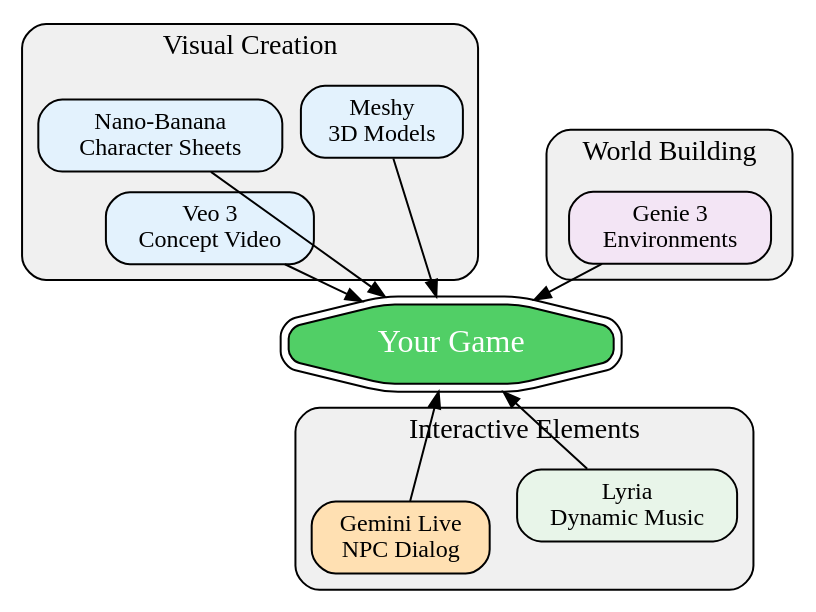
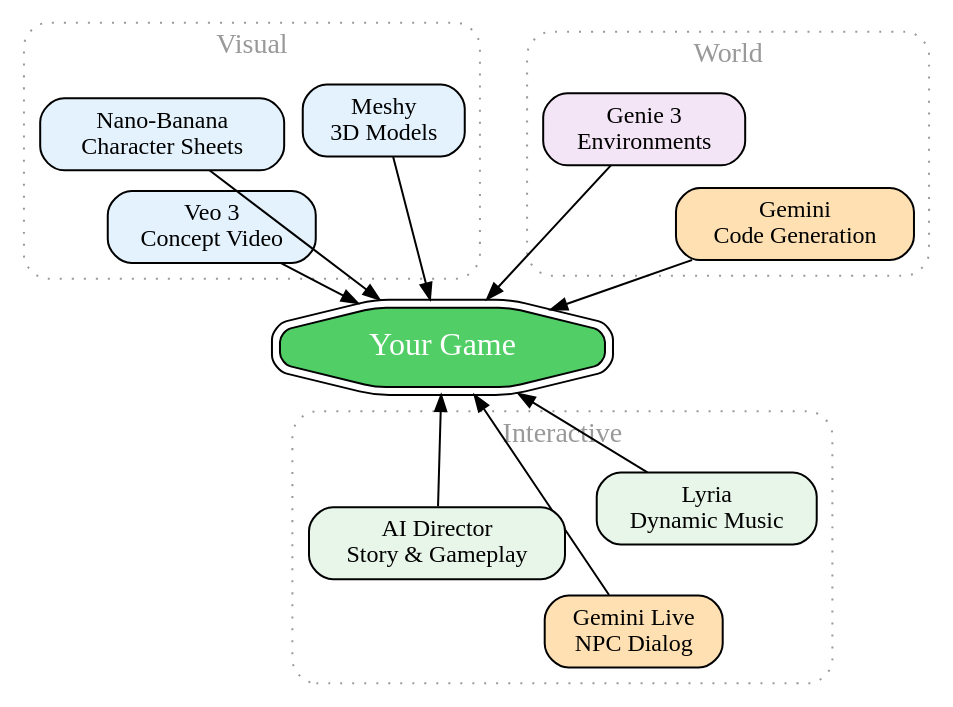
The diagram in startupcon/slides/public/orchestrator.dot (google-gemini/workshops), drawn with Graphviz before and after one commit. The commit also changed 2 other files, not shown here.

```diff
--- a/startupcon/slides/public/orchestrator.dot
+++ b/startupcon/slides/public/orchestrator.dot
@@ -1,48 +1,58 @@
 digraph G {
     layout=fdp;
     size="8,6";
     ratio=compress;
     node [shape=box, style="rounded,filled", fontsize=12];
     edge [arrowsize=0.8];
     
     // Visual & Creative cluster
     subgraph cluster_visual {
-        label="Visual Creation";
-        style="rounded,filled";
-        fillcolor="#f0f0f0";
+        label="Visual";
+        style="rounded,dotted";
+        bgcolor="transparent";
+        color="#999999";
+        fontcolor="#999999";
         fontsize=14;
         veo [label="Veo 3\nConcept Video", fillcolor="#e3f2fd"];
         nano [label="Nano-Banana\nCharacter Sheets", fillcolor="#e3f2fd"];
         meshy [label="Meshy\n3D Models", fillcolor="#e3f2fd"];
     }
     
     // World & Environment cluster
     subgraph cluster_world {
-        label="World Building";
-        style="rounded,filled";
-        fillcolor="#f0f0f0";
+        label="World";
+        style="rounded,dotted";
+        bgcolor="transparent";
+        color="#999999";
+        fontcolor="#999999";
         fontsize=14;
         genie [label="Genie 3\nEnvironments", fillcolor="#f3e5f5"];
+        gemini_code [label="Gemini\nCode Generation", fillcolor="#ffe0b2"];
     }
     
     // Interactive Elements cluster
     subgraph cluster_interactive {
-        label="Interactive Elements";
-        style="rounded,filled";
-        fillcolor="#f0f0f0";
+        label="Interactive";
+        style="rounded,dotted";
+        bgcolor="transparent";
+        color="#999999";
+        fontcolor="#999999";
         fontsize=14;
         lyria [label="Lyria\nDynamic Music", fillcolor="#e8f5e9"];
         gemini [label="Gemini Live\nNPC Dialog", fillcolor="#ffe0b2"];
+        director [label="AI Director\nStory & Gameplay", fillcolor="#e8f5e9"];
     }
     
     // Game output - central
     game [label="Your Game", fillcolor="#51cf66", fontcolor="white", shape=doubleoctagon, fontsize=16];
     
     // Edges from services to game
     veo -> game;
     nano -> game;
     meshy -> game;
     genie -> game;
     lyria -> game;
     gemini -> game;
+    gemini_code -> game;
+    director -> game;
 }
```
